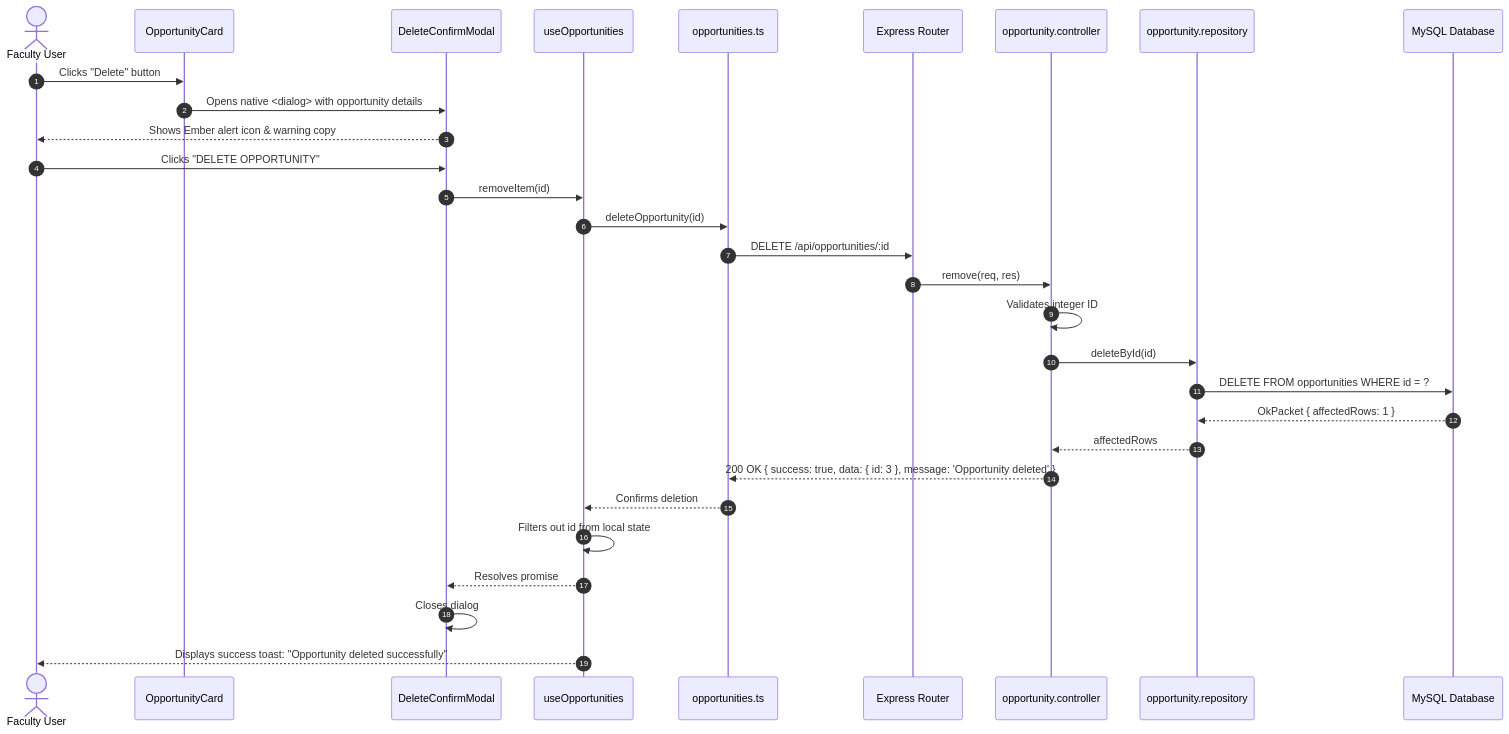
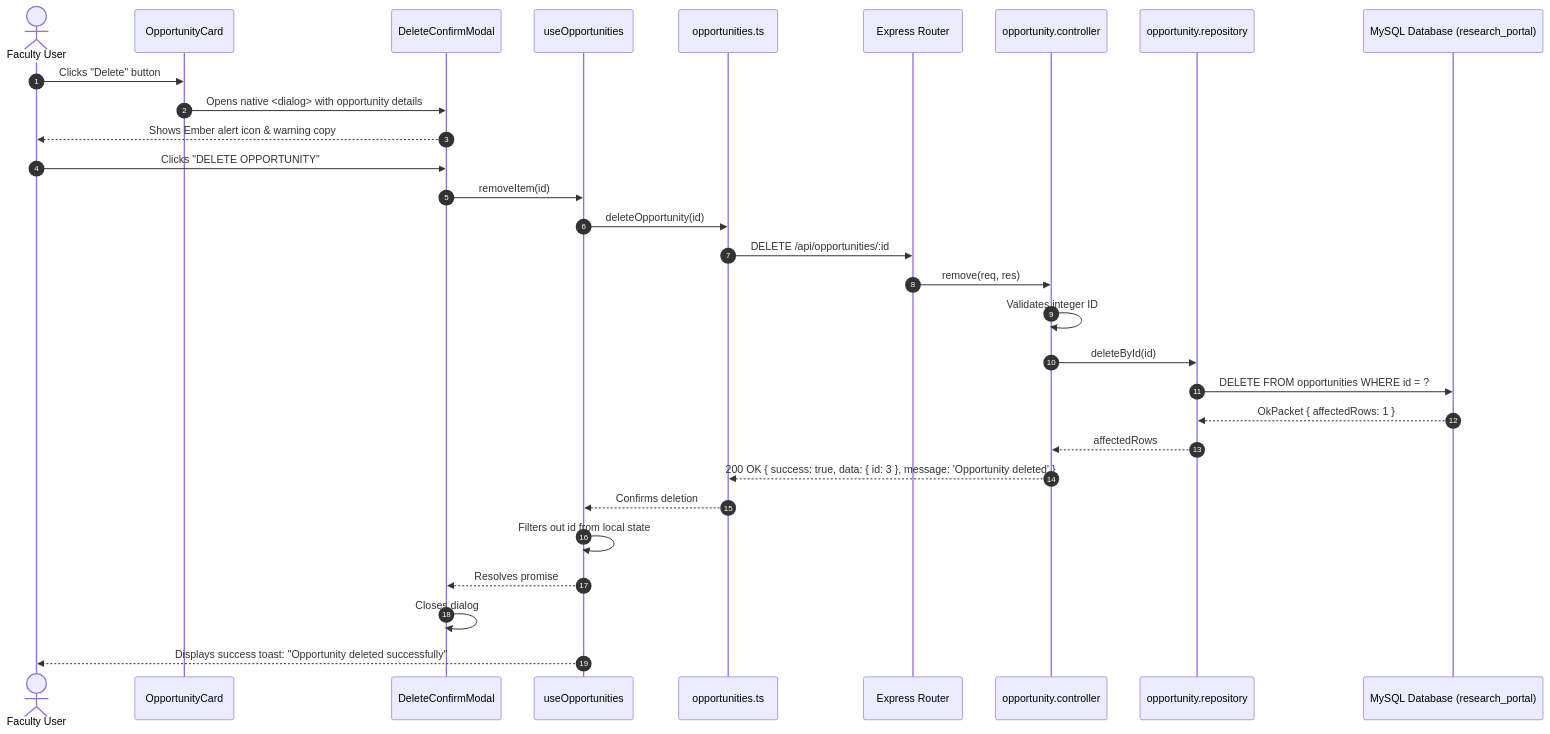
Before and after one commit to abdulmueezdev/research-opportunity-portal: the seventh of 9 diagrams in docs/ARCHITECTURE.md, drawn with Mermaid. The commit also changed other lines of this file, not shown here.

Commit message:
docs: add detailed architecture diagrams and system flow

````diff
--- a/docs/ARCHITECTURE.md
+++ b/docs/ARCHITECTURE.md
@@ -270,33 +286,33 @@
 ```mermaid
 sequenceDiagram
     autonumber
     actor Faculty as Faculty User
     participant Card as OpportunityCard
     participant Modal as DeleteConfirmModal
     participant Hook as useOpportunities
     participant API as opportunities.ts
     participant Route as Express Router
     participant Ctrl as opportunity.controller
     participant Repo as opportunity.repository
-    participant DB as MySQL Database
+    participant DB as MySQL Database (research_portal)
 
     Faculty->>Card: Clicks "Delete" button
     Card->>Modal: Opens native <dialog> with opportunity details
     Modal-->>Faculty: Shows Ember alert icon & warning copy
     Faculty->>Modal: Clicks "DELETE OPPORTUNITY"
     Modal->>Hook: removeItem(id)
     Hook->>API: deleteOpportunity(id)
     API->>Route: DELETE /api/opportunities/:id
     Route->>Ctrl: remove(req, res)
     Ctrl->>Ctrl: Validates integer ID
     Ctrl->>Repo: deleteById(id)
     Repo->>DB: DELETE FROM opportunities WHERE id = ?
     DB-->>Repo: OkPacket { affectedRows: 1 }
     Repo-->>Ctrl: affectedRows
     Ctrl-->>API: 200 OK { success: true, data: { id: 3 }, message: 'Opportunity deleted' }
     API-->>Hook: Confirms deletion
     Hook->>Hook: Filters out id from local state
     Hook-->>Modal: Resolves promise
     Modal->>Modal: Closes dialog
     Hook-->>Faculty: Displays success toast: "Opportunity deleted successfully"
 ```
````
